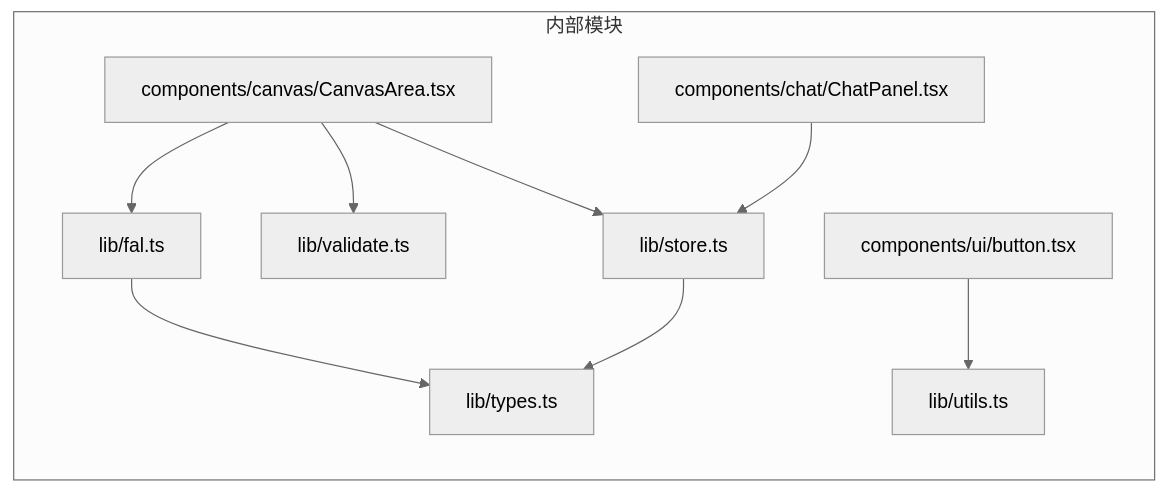
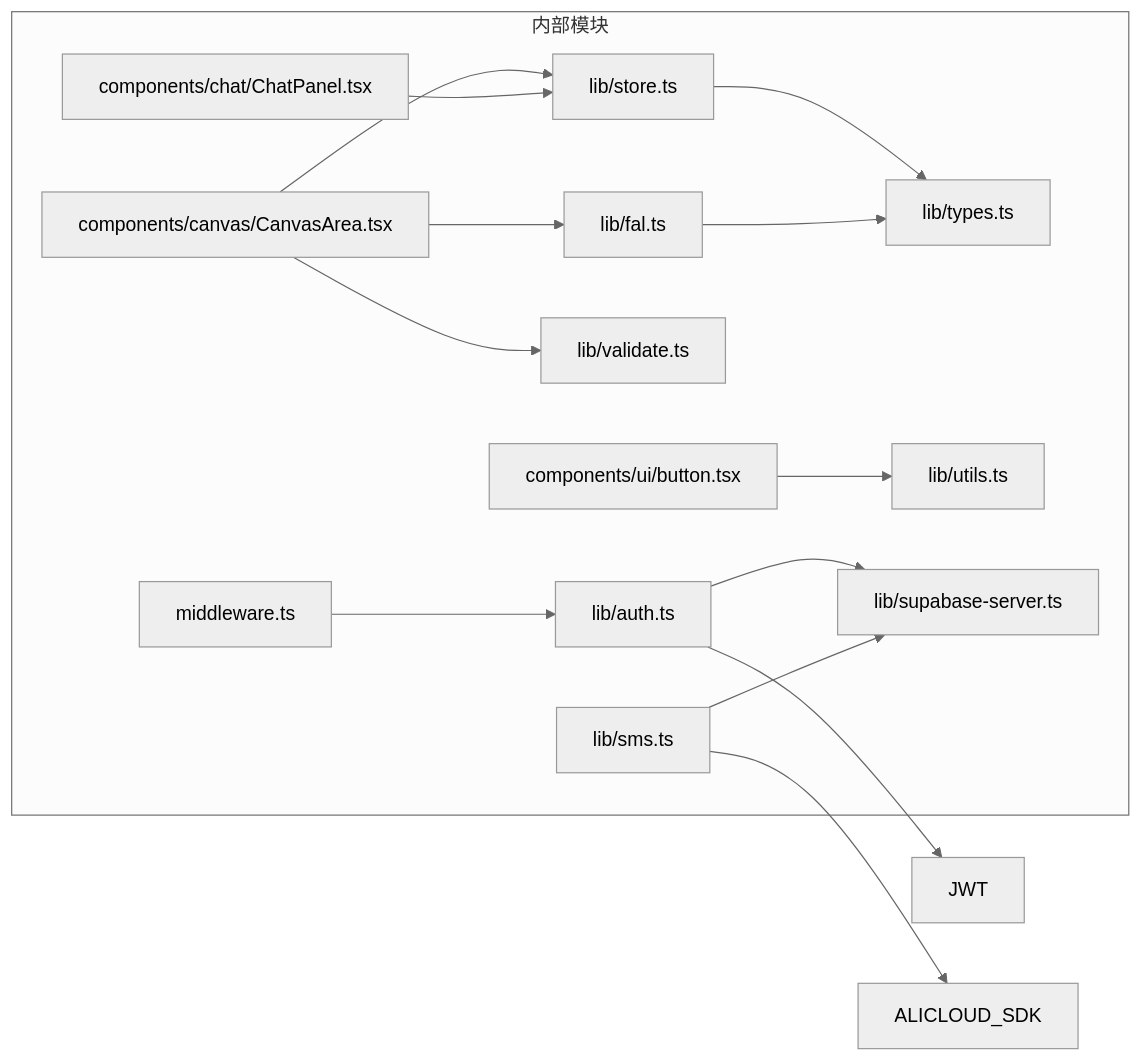
Diagram 14 of 16 in .qoder/repowiki/zh/content/Dependency Management.md (billye220670/BananaFlow2), drawn with Mermaid (neutral theme) before and after one commit. The commit also changed other lines of this file and 6 other files, not shown here.

````diff
--- a/.qoder/repowiki/zh/content/Dependency Management.md
+++ b/.qoder/repowiki/zh/content/Dependency Management.md
@@ -405,20 +603,29 @@
 ```mermaid
 graph LR
 subgraph "内部模块"
 STORE[lib/store.ts]
 TYPES[lib/types.ts]
 FAL[lib/fal.ts]
 VALIDATE[lib/validate.ts]
 UTILS[lib/utils.ts]
+AUTH[lib/auth.ts]
+SMS[lib/sms.ts]
+SUPABASE[lib/supabase-server.ts]
+MIDDLEWARE[middleware.ts]
 CANVAS[components/canvas/CanvasArea.tsx]
 BUTTON[components/ui/button.tsx]
 CHAT[components/chat/ChatPanel.tsx]
 end
 STORE --> TYPES
 CANVAS --> STORE
 CANVAS --> VALIDATE
 CANVAS --> FAL
 BUTTON --> UTILS
 CHAT --> STORE
 FAL --> TYPES
+AUTH --> JWT
+AUTH --> SUPABASE
+SMS --> SUPABASE
+SMS --> ALICLOUD_SDK
+MIDDLEWARE --> AUTH
 ```
````
